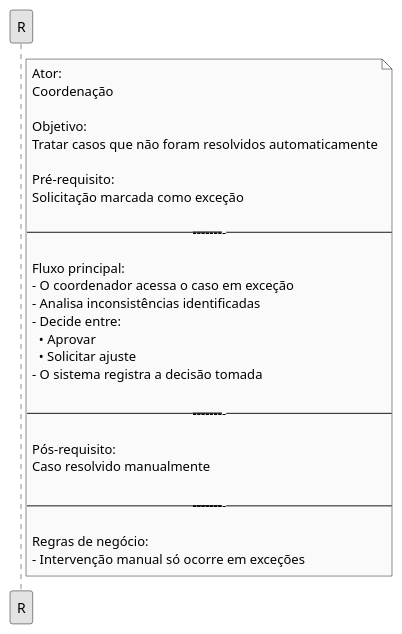
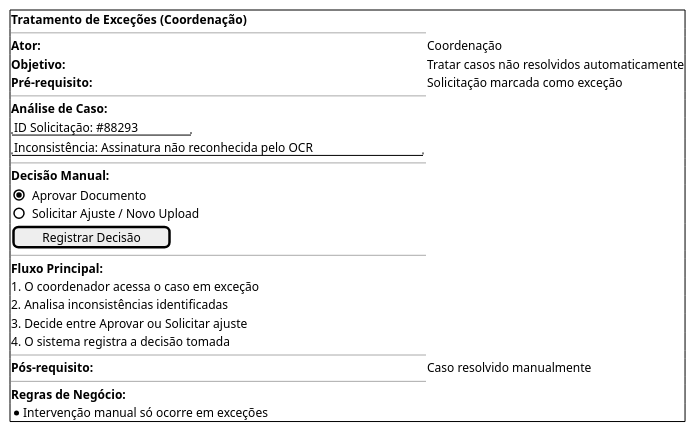
One commit to Projetos-de-Extensao/PBE_26.1_8001_VII changed the seventh of 10 diagrams in docs/Iniciacao/prototipo_baixa_fidelidade.md. Above: the diagram before and after it, drawn with PlantUML. The commit also changed other lines of this file, not shown here.

````diff
--- a/docs/Iniciacao/prototipo_baixa_fidelidade.md
+++ b/docs/Iniciacao/prototipo_baixa_fidelidade.md
@@ -283,41 +214,33 @@
-```puml
-@startuml
-
-
-skinparam monochrome true
-skinparam shadowing false
-
-
-note right of R
-Ator:
-Coordenação
-
-Objetivo:
-Tratar casos que não foram resolvidos automaticamente
-
-Pré-requisito:
-Solicitação marcada como exceção
-
-----------------------------------------
-
-Fluxo principal:
-- O coordenador acessa o caso em exceção
-- Analisa inconsistências identificadas
-- Decide entre:
-  • Aprovar
-  • Solicitar ajuste
-- O sistema registra a decisão tomada
-
-----------------------------------------
-
-Pós-requisito:
-Caso resolvido manualmente
-
-----------------------------------------
-
-Regras de negócio:
-- Intervenção manual só ocorre em exceções
-end note
-
-@enduml
+```plantuml
+@startsalt
+{+
+  **Tratamento de Exceções (Coordenação)**
+  --
+  **Ator:** | Coordenação
+  **Objetivo:** | Tratar casos não resolvidos automaticamente
+  **Pré-requisito:** | Solicitação marcada como exceção
+  --
+  **Análise de Caso:**
+  "ID Solicitação: #88293"
+  "Inconsistência: Assinatura não reconhecida pelo OCR"
+  --
+  **Decisão Manual:**
+  {
+    (X) Aprovar Documento
+    ( ) Solicitar Ajuste / Novo Upload
+  }
+  [ Registrar Decisão ]
+  --
+  **Fluxo Principal:**
+  1. O coordenador acessa o caso em exceção
+  2. Analisa inconsistências identificadas
+  3. Decide entre Aprovar ou Solicitar ajuste
+  4. O sistema registra a decisão tomada
+  --
+  **Pós-requisito:** | Caso resolvido manualmente
+  --
+  **Regras de Negócio:**
+  * Intervenção manual só ocorre em exceções
+}
+@endsalt
 ```
````
